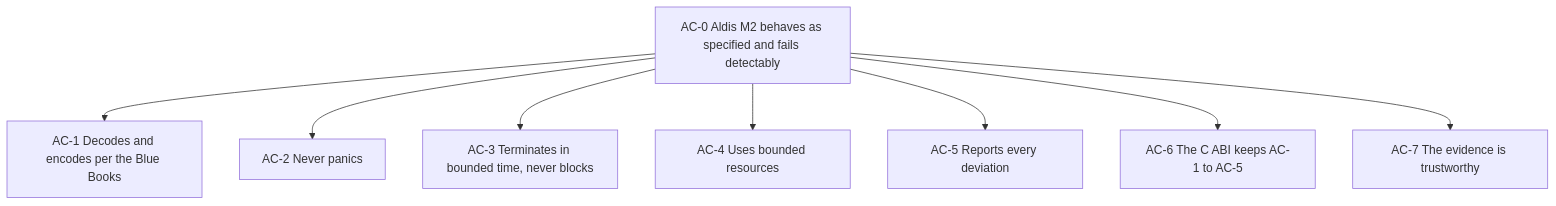
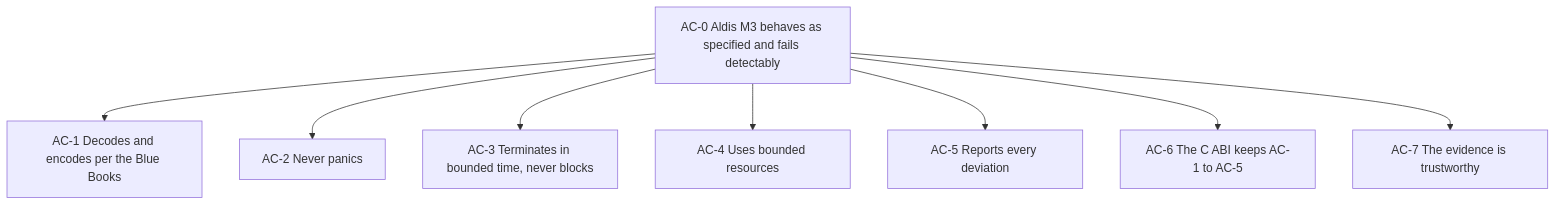
One commit to kscharpf/aldis changed the diagram in docs/verification/assurance-case.md. Above: the diagram before and after it, drawn with Mermaid. The commit also changed other lines of this file and 3 other files, not shown here.

````diff
--- a/docs/verification/assurance-case.md
+++ b/docs/verification/assurance-case.md
@@ -15,11 +15,11 @@
 ```mermaid
 graph TD
-  AC0["AC-0 Aldis M2 behaves as specified and fails detectably"]
+  AC0["AC-0 Aldis M3 behaves as specified and fails detectably"]
   AC0 --> AC1["AC-1 Decodes and encodes per the Blue Books"]
   AC0 --> AC2["AC-2 Never panics"]
   AC0 --> AC3["AC-3 Terminates in bounded time, never blocks"]
   AC0 --> AC4["AC-4 Uses bounded resources"]
   AC0 --> AC5["AC-5 Reports every deviation"]
   AC0 --> AC6["AC-6 The C ABI keeps AC-1 to AC-5"]
   AC0 --> AC7["AC-7 The evidence is trustworthy"]
 ```
````
